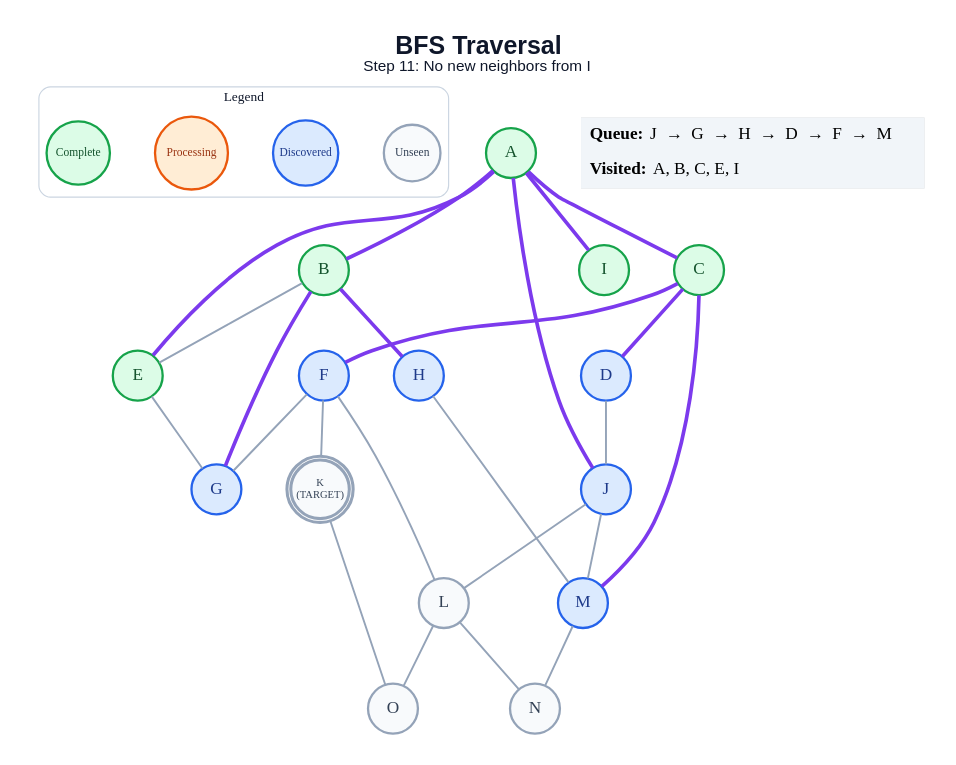
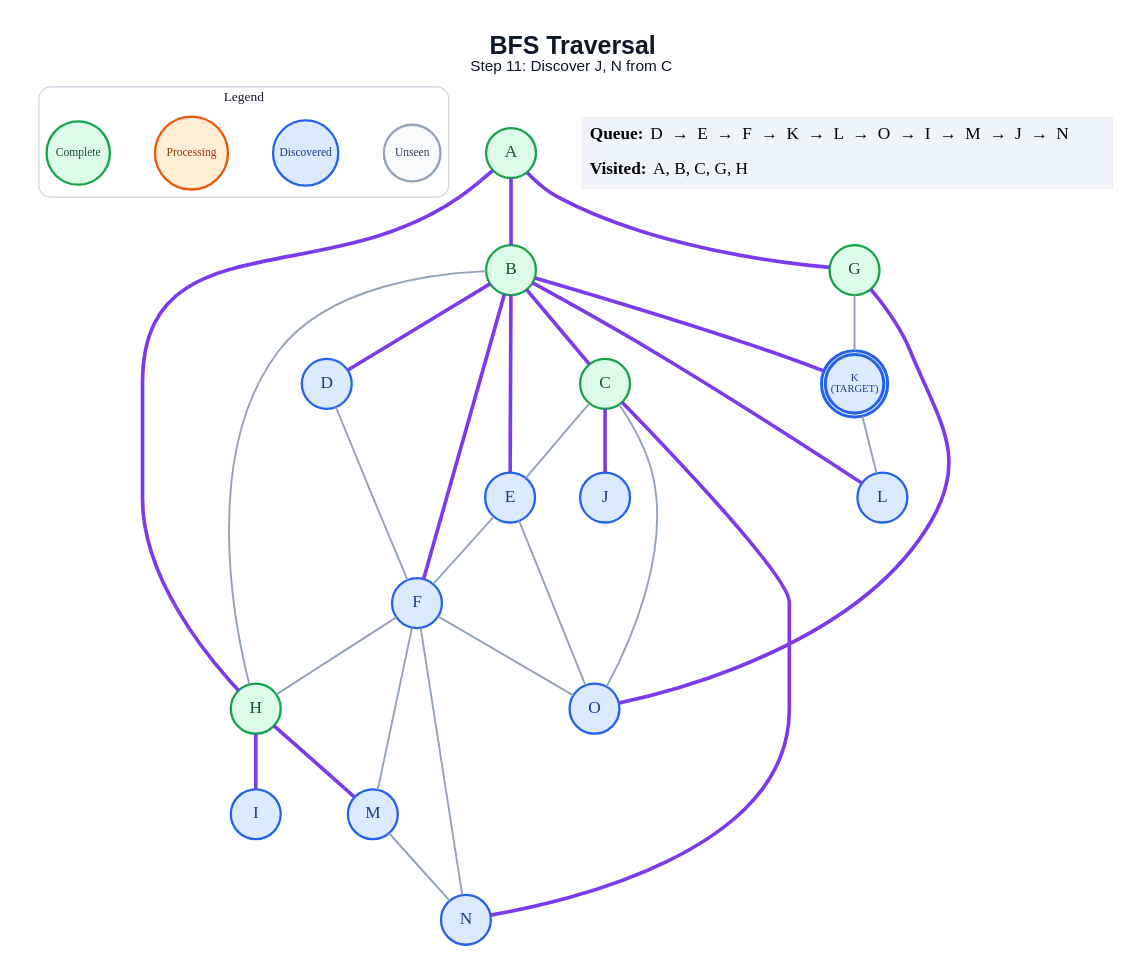
Before and after one commit to anon7238593-create/ai-slop: the diagram in generated/bfs/step_11.dot, drawn with Graphviz. The commit also changed 289 other files, not shown here.

```diff
--- a/generated/bfs/step_11.dot
+++ b/generated/bfs/step_11.dot
@@ -1,57 +1,61 @@
 graph traversal {
   graph [layout=dot, rankdir=TB, bgcolor="#FFFFFF", pad="0.35", nodesep="0.65", ranksep="0.8", fontname="Arial"];
   node [shape=circle, style="filled", fontname="Arial Bold", fontsize=18, width=0.72, fixedsize=true, penwidth=2.4];
   edge [color="#94A3B8", penwidth=2.0];
-  label=<<B>BFS Traversal</B><BR/><FONT POINT-SIZE="16">Step 11: No new neighbors from I</FONT>>; labelloc="t"; fontsize=26; fontname="Arial"; fontcolor="#0F172A";
+  label=<<B>BFS Traversal</B><BR/><FONT POINT-SIZE="16">Step 11: Discover J, N from C</FONT>>; labelloc="t"; fontsize=26; fontname="Arial"; fontcolor="#0F172A";
   subgraph cluster_legend { label="Legend"; color="#CBD5E1"; penwidth=1.2; style="rounded"; fontsize=14; fontname="Arial Bold";
     key_unseen [label="Unseen", fillcolor="#F8FAFC", color="#94A3B8", fontcolor="#334155", fontsize=12, width=0.82];
     key_frontier [label="Discovered", fillcolor="#DBEAFE", color="#2563EB", fontcolor="#1E3A8A", fontsize=12, width=0.95];
     key_current [label="Processing", fillcolor="#FFEDD5", color="#EA580C", fontcolor="#9A3412", fontsize=12, width=1.05];
     key_done [label="Complete", fillcolor="#DCFCE7", color="#16A34A", fontcolor="#14532D", fontsize=12, width=0.92];
     { rank=same; key_unseen; key_frontier; key_current; key_done; }
   }
   A [label="A", fillcolor="#DCFCE7", color="#16A34A", fontcolor="#14532D", peripheries=1, penwidth=2.4];
   B [label="B", fillcolor="#DCFCE7", color="#16A34A", fontcolor="#14532D", peripheries=1, penwidth=2.4];
   C [label="C", fillcolor="#DCFCE7", color="#16A34A", fontcolor="#14532D", peripheries=1, penwidth=2.4];
   D [label="D", fillcolor="#DBEAFE", color="#2563EB", fontcolor="#1E3A8A", peripheries=1, penwidth=2.4];
-  E [label="E", fillcolor="#DCFCE7", color="#16A34A", fontcolor="#14532D", peripheries=1, penwidth=2.4];
+  E [label="E", fillcolor="#DBEAFE", color="#2563EB", fontcolor="#1E3A8A", peripheries=1, penwidth=2.4];
   F [label="F", fillcolor="#DBEAFE", color="#2563EB", fontcolor="#1E3A8A", peripheries=1, penwidth=2.4];
-  G [label="G", fillcolor="#DBEAFE", color="#2563EB", fontcolor="#1E3A8A", peripheries=1, penwidth=2.4];
-  H [label="H", fillcolor="#DBEAFE", color="#2563EB", fontcolor="#1E3A8A", peripheries=1, penwidth=2.4];
-  I [label="I", fillcolor="#DCFCE7", color="#16A34A", fontcolor="#14532D", peripheries=1, penwidth=2.4];
+  G [label="G", fillcolor="#DCFCE7", color="#16A34A", fontcolor="#14532D", peripheries=1, penwidth=2.4];
+  H [label="H", fillcolor="#DCFCE7", color="#16A34A", fontcolor="#14532D", peripheries=1, penwidth=2.4];
+  I [label="I", fillcolor="#DBEAFE", color="#2563EB", fontcolor="#1E3A8A", peripheries=1, penwidth=2.4];
   J [label="J", fillcolor="#DBEAFE", color="#2563EB", fontcolor="#1E3A8A", peripheries=1, penwidth=2.4];
-  K [label="K\n(TARGET)", fillcolor="#F8FAFC", color="#94A3B8", fontcolor="#334155", peripheries=2, penwidth=3.2, fontsize=11, width=0.85, height=0.85];
-  L [label="L", fillcolor="#F8FAFC", color="#94A3B8", fontcolor="#334155", peripheries=1, penwidth=2.4];
+  K [label="K\n(TARGET)", fillcolor="#DBEAFE", color="#2563EB", fontcolor="#1E3A8A", peripheries=2, penwidth=3.2, fontsize=11, width=0.85, height=0.85];
+  L [label="L", fillcolor="#DBEAFE", color="#2563EB", fontcolor="#1E3A8A", peripheries=1, penwidth=2.4];
   M [label="M", fillcolor="#DBEAFE", color="#2563EB", fontcolor="#1E3A8A", peripheries=1, penwidth=2.4];
-  N [label="N", fillcolor="#F8FAFC", color="#94A3B8", fontcolor="#334155", peripheries=1, penwidth=2.4];
-  O [label="O", fillcolor="#F8FAFC", color="#94A3B8", fontcolor="#334155", peripheries=1, penwidth=2.4];
+  N [label="N", fillcolor="#DBEAFE", color="#2563EB", fontcolor="#1E3A8A", peripheries=1, penwidth=2.4];
+  O [label="O", fillcolor="#DBEAFE", color="#2563EB", fontcolor="#1E3A8A", peripheries=1, penwidth=2.4];
   A -- B [color="#7C3AED", penwidth=3.8];
-  A -- C [color="#7C3AED", penwidth=3.8];
-  A -- E [color="#7C3AED", penwidth=3.8];
-  A -- I [color="#7C3AED", penwidth=3.8];
-  A -- J [color="#7C3AED", penwidth=3.8];
-  B -- E;
-  B -- G [color="#7C3AED", penwidth=3.8];
-  B -- H [color="#7C3AED", penwidth=3.8];
-  C -- D [color="#7C3AED", penwidth=3.8];
-  C -- F [color="#7C3AED", penwidth=3.8];
-  C -- M [color="#7C3AED", penwidth=3.8];
-  D -- J;
-  E -- G;
-  F -- G;
-  F -- K;
-  F -- L;
-  H -- M;
-  J -- L;
-  J -- M;
-  K -- O;
-  L -- N;
-  L -- O;
+  A -- G [color="#7C3AED", penwidth=3.8];
+  A -- H [color="#7C3AED", penwidth=3.8];
+  B -- C [color="#7C3AED", penwidth=3.8];
+  B -- D [color="#7C3AED", penwidth=3.8];
+  B -- E [color="#7C3AED", penwidth=3.8];
+  B -- F [color="#7C3AED", penwidth=3.8];
+  B -- H;
+  B -- K [color="#7C3AED", penwidth=3.8];
+  B -- L [color="#7C3AED", penwidth=3.8];
+  C -- E;
+  C -- J [color="#7C3AED", penwidth=3.8];
+  C -- N [color="#7C3AED", penwidth=3.8];
+  C -- O;
+  D -- F;
+  E -- F;
+  E -- O;
+  F -- H;
+  F -- M;
+  F -- N;
+  F -- O;
+  G -- K;
+  G -- O [color="#7C3AED", penwidth=3.8];
+  H -- I [color="#7C3AED", penwidth=3.8];
+  H -- M [color="#7C3AED", penwidth=3.8];
+  K -- L;
   M -- N;
   status [shape=plain, fixedsize=false, width=0, height=0, margin=0, label=<
     <TABLE BORDER="0" CELLBORDER="0" CELLPADDING="7" BGCOLOR="#F1F5F9">
-      <TR><TD ALIGN="LEFT"><B>Queue:</B> J  →  G  →  H  →  D  →  F  →  M</TD></TR>
-      <TR><TD ALIGN="LEFT"><B>Visited:</B> A, B, C, E, I</TD></TR>
+      <TR><TD ALIGN="LEFT"><B>Queue:</B> D  →  E  →  F  →  K  →  L  →  O  →  I  →  M  →  J  →  N</TD></TR>
+      <TR><TD ALIGN="LEFT"><B>Visited:</B> A, B, C, G, H</TD></TR>
     </TABLE>
   >];
 }
```
